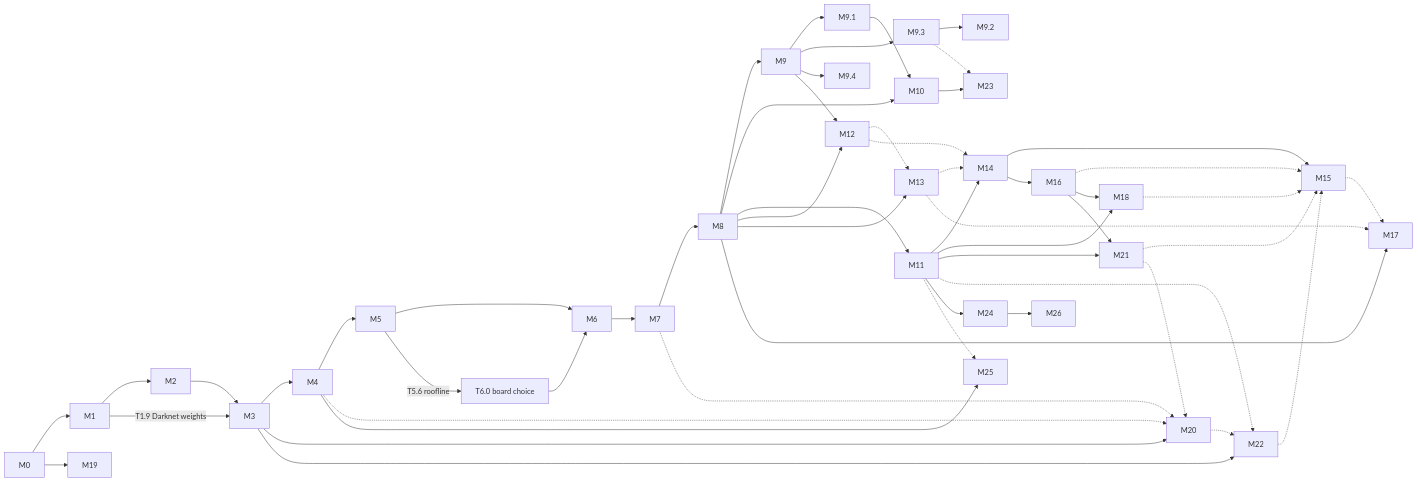
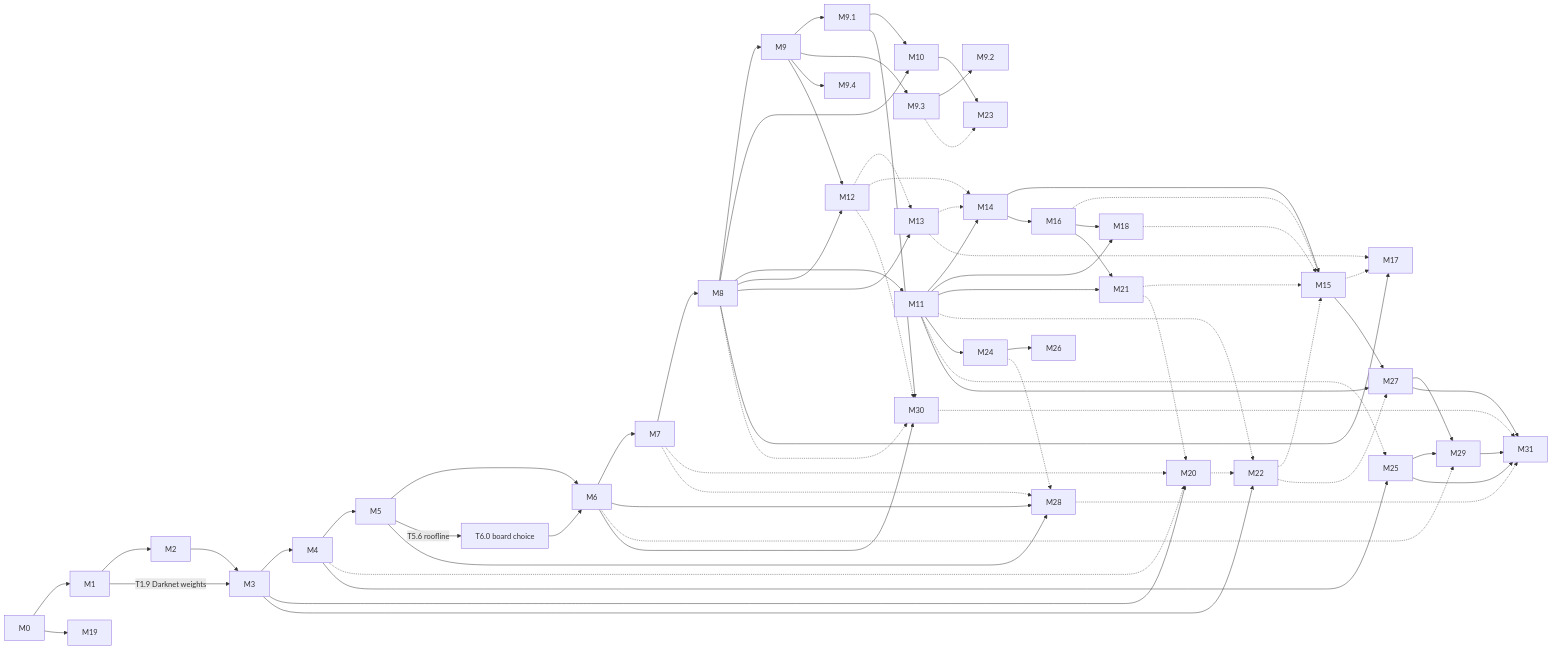
Before and after one commit to lrivals/EmbeddedComputervision: the diagram in docs/tasks/README.md, drawn with Mermaid. The commit also changed other lines of this file and 6 other files, not shown here.

````diff
--- a/docs/tasks/README.md
+++ b/docs/tasks/README.md
@@ -46,47 +51,66 @@
 ```mermaid
 graph LR
   M0 --> M1 --> M2 --> M3
   M1 -- "T1.9 Darknet weights" --> M3
   M3 --> M4 --> M5 --> M6 --> M7 --> M8
   M5 -- "T5.6 roofline" --> T60["T6.0 board choice"] --> M6
   M8 --> M9
   M9 --> M91[M9.1] & M93[M9.3] & M94[M9.4]
   M93 --> M92[M9.2]
   M8 --> M10[M10]
   M91 --> M10
   M8 --> M11[M11]
   M8 --> M12[M12]
   M9 --> M12
   M8 --> M13[M13]
   M12 -.-> M13
   M11 --> M14[M14]
   M12 -.-> M14
   M13 -.-> M14
   M14 --> M15[M15]
   M14 --> M16[M16]
   M16 -.-> M15
   M8 --> M17[M17]
   M13 -.-> M17
   M15 -.-> M17
   M11 --> M18[M18]
   M16 --> M18
   M18 -.-> M15
   M0 --> M19[M19]
   M3 --> M20[M20]
   M11 --> M21[M21]
   M16 --> M21
   M21 -.-> M15
   M21 -.-> M20
   M4 -.-> M20
   M7 -.-> M20
   M3 --> M22[M22]
   M20 -.-> M22
   M11 -.-> M22
   M22 -.-> M15
   M10 --> M23[M23]
   M93 -.-> M23
   M11 --> M24[M24]
   M4 --> M25[M25]
   M11 -.-> M25
   M24 --> M26[M26]
+  M11 --> M27[M27]
+  M15 --> M27
+  M22 -.-> M27
+  M5 --> M28[M28]
+  M6 --> M28
+  M24 -.-> M28
+  M7 -.-> M28
+  M25 --> M29[M29]
+  M27 --> M29
+  M6 -.-> M29
+  M6 --> M30[M30]
+  M91 --> M30
+  M12 -.-> M30
+  M8 -.-> M30
+  M25 --> M31[M31]
+  M27 --> M31
+  M28 -.-> M31
+  M29 --> M31
+  M30 -.-> M31
 ```
````
